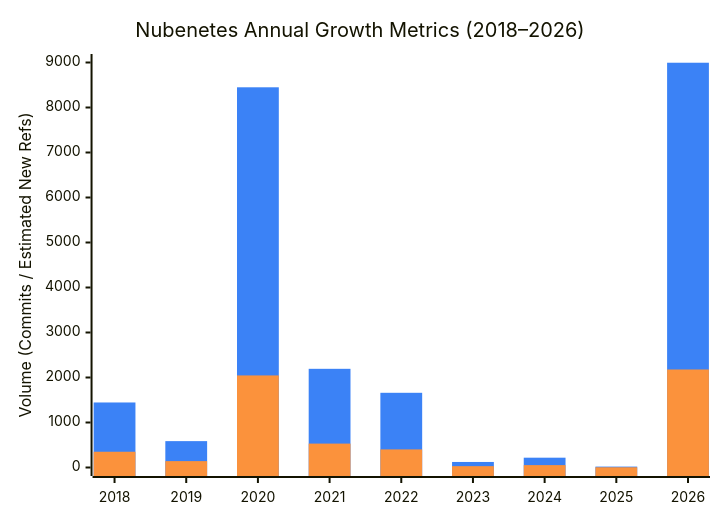
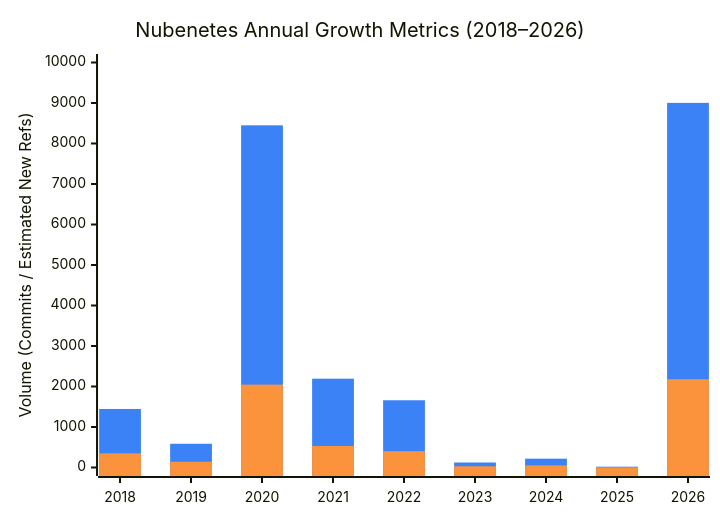
The first of 10 diagrams in README.md (sec-js/awesome-kubernetes), drawn with Mermaid before and after one commit. The commit also changed other lines of this file, not shown here.

Commit message:
docs: automated README metric synchronization [skip ci]

````diff
--- a/README.md
+++ b/README.md
@@ -185,15 +185,15 @@
 ```mermaid
 ---
 config:
   themeVariables:
     xyChart:
       plotColorPalette: '#3b82f6, #fb923c'
   theme: mc
 ---
 xychart-beta
     title "Nubenetes Annual Growth Metrics (2018–2026)"
     x-axis ["2018", "2019", "2020", "2021", "2022", "2023", "2024", "2025", "2026"]
-    y-axis "Volume (Commits / Estimated New Refs)" 0 --> 9000
-    bar [1445, 586, 8449, 2193, 1660, 123, 218, 20, 8995]
-    bar [350, 142, 2046, 531, 402, 30, 53, 5, 2178]
+    y-axis "Volume (Commits / Estimated New Refs)" 0 --> 10000
+    bar [1445, 586, 8449, 2193, 1660, 123, 218, 20, 9003]
+    bar [350, 142, 2046, 531, 402, 30, 53, 5, 2180]
 ```
````
